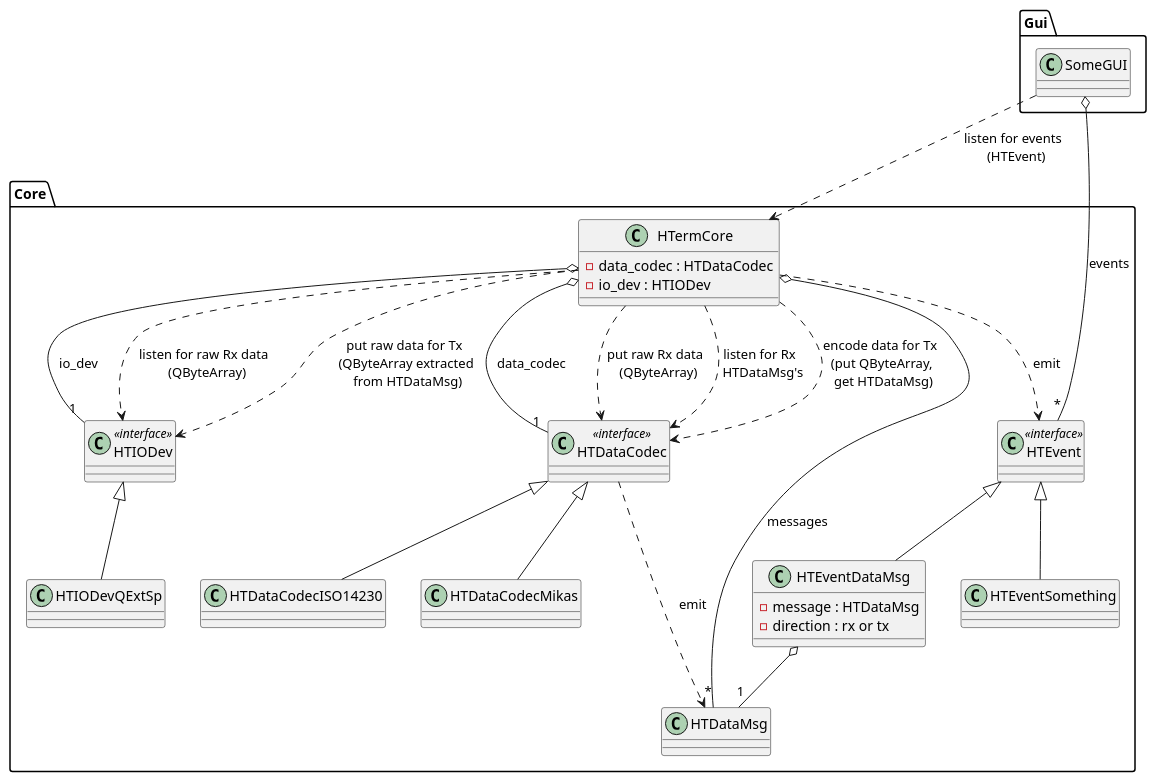
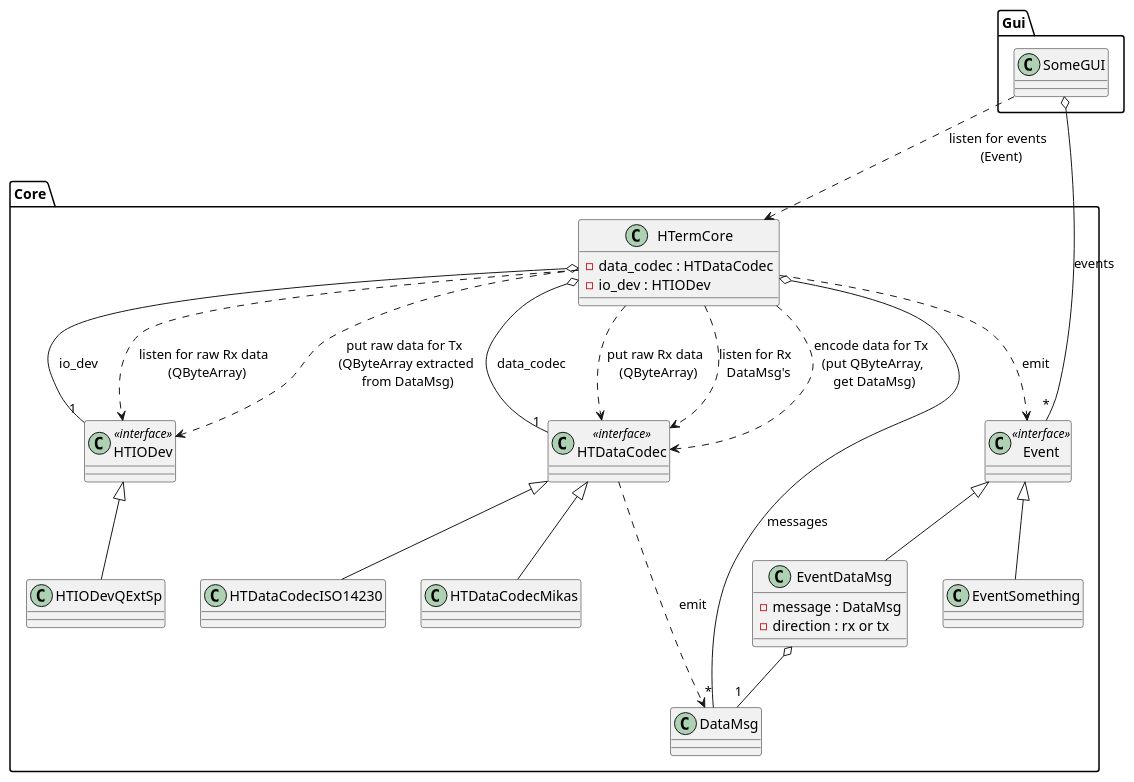
The diagram in stuff/uml/hterm.pu (dimonomid/bterm), drawn with PlantUML before and after one commit. The commit also changed 28 other files, not shown here.

```diff
--- a/stuff/uml/hterm.pu
+++ b/stuff/uml/hterm.pu
@@ -1,85 +1,85 @@
 @startuml
 
 package "Core" {
 
 ' HTermCore {{{
 class HTermCore {
    -data_codec : HTDataCodec
    -io_dev : HTIODev
 }
 ' }}}
 
 ' HTIODev {{{
 class HTIODev <<interface>> {
 }
 
 class HTIODevQExtSp {
 }
 
 HTIODev <|-- HTIODevQExtSp
 ' }}}
 
 ' HTDataCodec {{{
 class HTDataCodec <<interface>> {
 }
 
 class HTDataCodecISO14230 {
 }
 
 class HTDataCodecMikas {
 }
 
 HTDataCodec <|-- HTDataCodecISO14230
 HTDataCodec <|-- HTDataCodecMikas
 ' }}}
 
-' HTDataMsg {{{
-class HTDataMsg {
+' DataMsg {{{
+class DataMsg {
 }
 ' }}}
 
-' HTEvent {{{
-class HTEvent <<interface>> {
+' Event {{{
+class Event <<interface>> {
 }
 
-class HTEventDataMsg {
-   -message : HTDataMsg
+class EventDataMsg {
+   -message : DataMsg
    -direction : rx or tx
 }
 
-class HTEventSomething {
+class EventSomething {
 }
 
-HTEvent <|-- HTEventDataMsg
-HTEvent <|-- HTEventSomething
+Event <|-- EventDataMsg
+Event <|-- EventSomething
 ' }}}
 
 HTermCore o-- "1" HTDataCodec : data_codec
 HTermCore o-- "1" HTIODev : io_dev
-HTermCore o-- "*" HTDataMsg : messages
+HTermCore o-- "*" DataMsg : messages
 
-HTDataCodec ..> HTDataMsg : emit
+HTDataCodec ..> DataMsg : emit
 
 HTermCore ..> HTIODev   : listen for raw Rx data \n (QByteArray)
 HTermCore ..> HTDataCodec : put raw Rx data \n (QByteArray)
-HTermCore ..> HTDataCodec : listen for Rx \n HTDataMsg's
-HTermCore ..> HTDataCodec : encode data for Tx \n (put QByteArray, \n get HTDataMsg)
-HTermCore ..> HTIODev   : put raw data for Tx \n (QByteArray extracted \n from HTDataMsg)
+HTermCore ..> HTDataCodec : listen for Rx \n DataMsg's
+HTermCore ..> HTDataCodec : encode data for Tx \n (put QByteArray, \n get DataMsg)
+HTermCore ..> HTIODev   : put raw data for Tx \n (QByteArray extracted \n from DataMsg)
 
-HTermCore ..> HTEvent : emit
+HTermCore ..> Event : emit
 
-HTEventDataMsg o-- "1" HTDataMsg
+EventDataMsg o-- "1" DataMsg
 }
 
 package "Gui" {
 
    class SomeGUI {
    }
 
 }
 
-SomeGUI ..> HTermCore : listen for events \n (HTEvent)
-SomeGUI o-- "*" HTEvent : events
+SomeGUI ..> HTermCore : listen for events \n (Event)
+SomeGUI o-- "*" Event : events
 
 
 @enduml
```
